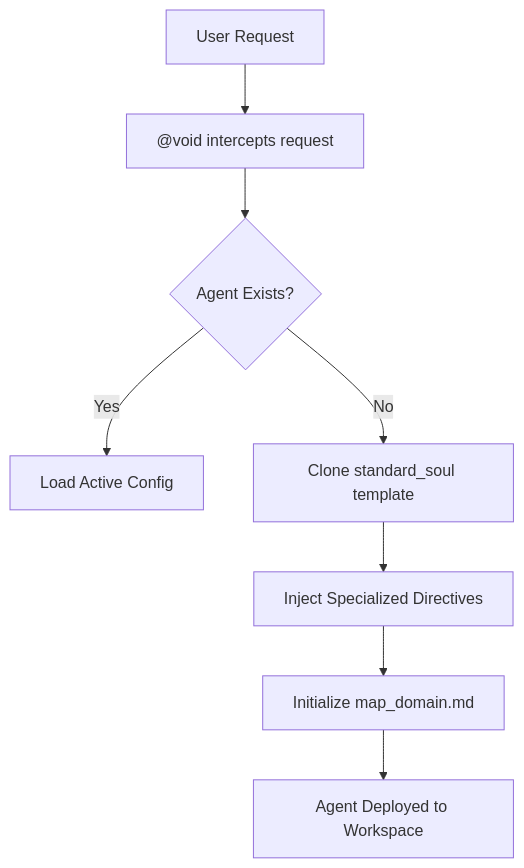
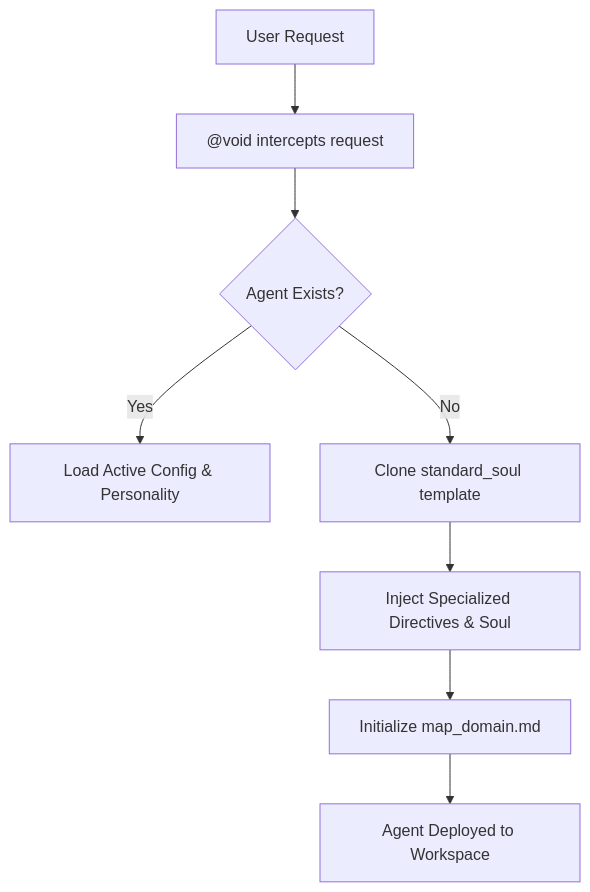
One commit to adwaita-pl/AA-Forge changed the diagram in README.md. Above: the diagram before and after it, drawn with Mermaid. The commit also changed other lines of this file, not shown here.

````diff
--- a/README.md
+++ b/README.md
@@ -20,10 +21,10 @@
 ```mermaid
 graph TD
     A[User Request] --> B["@void intercepts request"]
     B --> C{Agent Exists?}
-    C -- Yes --> D[Load Active Config]
+    C -- Yes --> D[Load Active Config & Personality]
     C -- No --> E[Clone standard_soul template]
-    E --> F[Inject Specialized Directives]
+    E --> F[Inject Specialized Directives & Soul]
     F --> G[Initialize map_domain.md]
     G --> H[Agent Deployed to Workspace]
 ```
````
